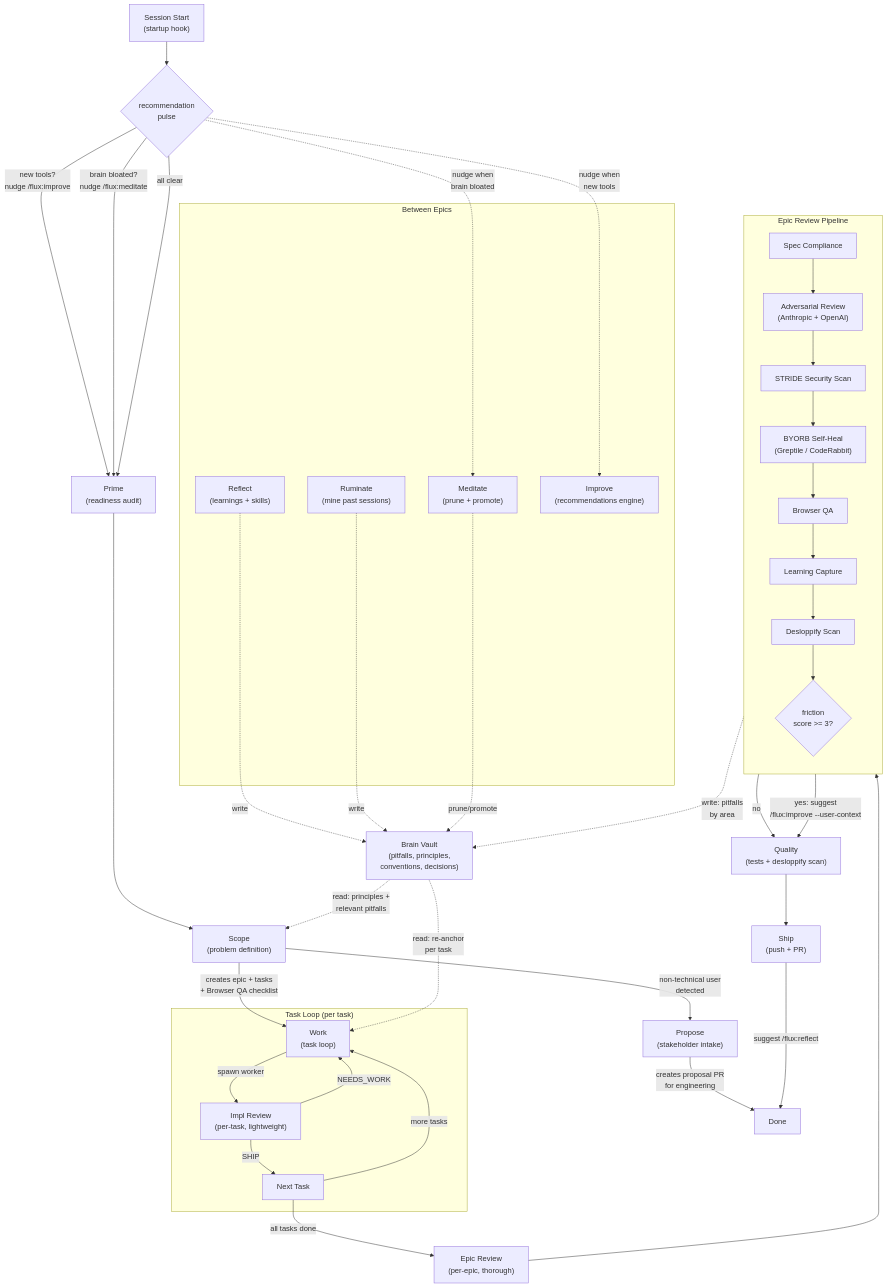
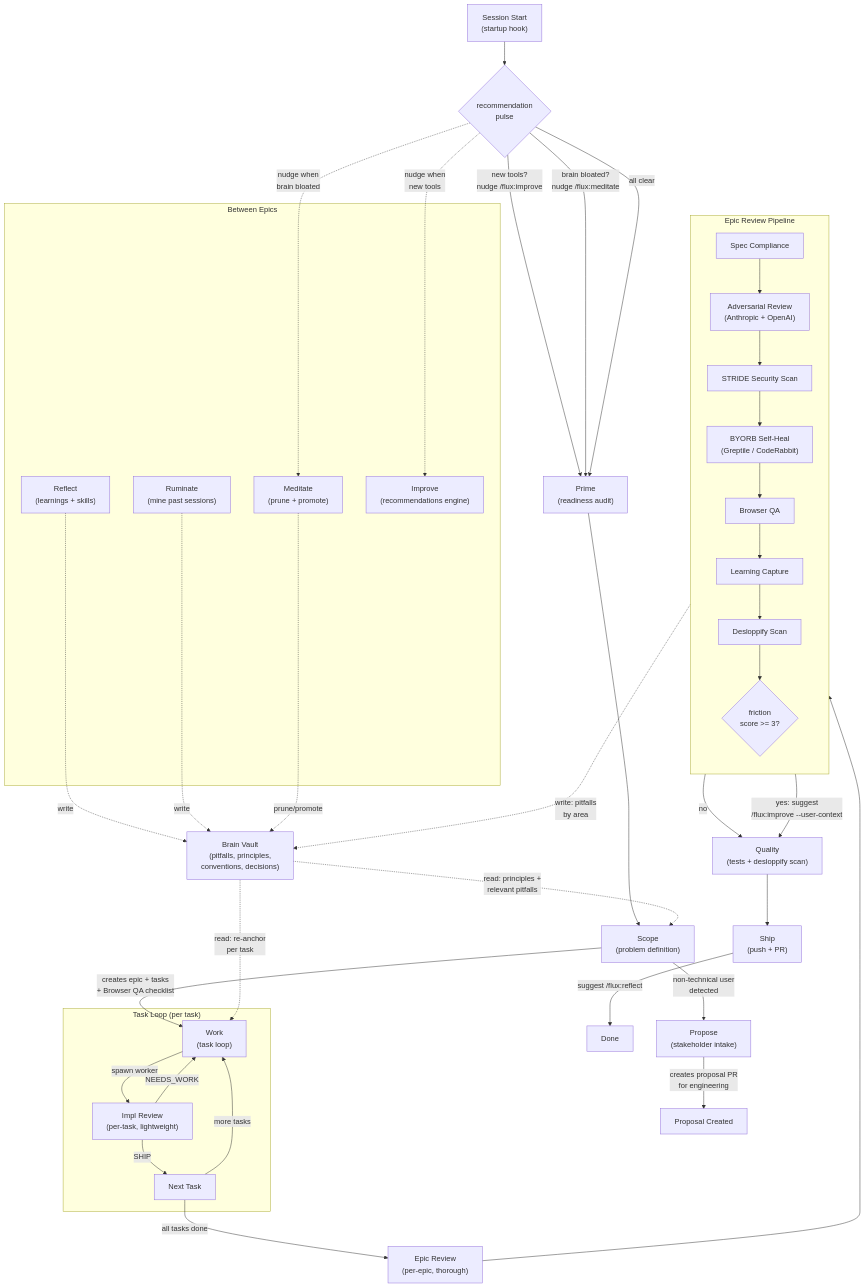
Before and after one commit to Nairon-AI/flux: the diagram in README.md, drawn with Mermaid. The commit also changed 2 other files, not shown here.

Commit message:
fix: address review feedback on flux-propose
- Add explicit handoff gate (Step 9.5) — ask before creating PR
- Add duplicate proposal check before creating new docs
- Fix broken nested markdown in PR body instructions
- Stash uncommitted changes before branch creation
- Tighten stakeholder detection: require 3+ signals AND zero engineer
  signals (prevents false positives on technical PMs)
- Add explicit engineer signal list for fast skip
- Use separate mermaid node for proposal completion vs ship completion

````diff
--- a/README.md
+++ b/README.md
@@ -194,76 +194,76 @@
 ```mermaid
 flowchart TD
     SessionStart["Session Start<br/>(startup hook)"]
     Pulse{"recommendation<br/>pulse"}
     Prime["Prime<br/>(readiness audit)"]
     Propose["Propose<br/>(stakeholder intake)"]
     Scope["Scope<br/>(problem definition)"]
     Work["Work<br/>(task loop)"]
     ImplReview["Impl Review<br/>(per-task, lightweight)"]
     EpicReview["Epic Review<br/>(per-epic, thorough)"]
     Quality["Quality<br/>(tests + desloppify scan)"]
     Ship["Ship<br/>(push + PR)"]
 
     SessionStart --> Pulse
     Pulse -->|"new tools?<br/>nudge /flux:improve"| Prime
     Pulse -->|"brain bloated?<br/>nudge /flux:meditate"| Prime
     Pulse -->|"all clear"| Prime
     Prime --> Scope
     Scope -->|"non-technical user<br/>detected"| Propose
-    Propose -->|"creates proposal PR<br/>for engineering"| Done
+    Propose -->|"creates proposal PR<br/>for engineering"| ProposeDone["Proposal Created"]
     Scope -->|"creates epic + tasks<br/>+ Browser QA checklist"| Work
 
     subgraph task_loop ["Task Loop (per task)"]
         Work -->|"spawn worker"| ImplReview
         ImplReview -->|"NEEDS_WORK"| Work
         ImplReview -->|"SHIP"| NextTask["Next Task"]
         NextTask -->|"more tasks"| Work
     end
 
     NextTask -->|"all tasks done"| EpicReview
 
     subgraph review_pipeline ["Epic Review Pipeline"]
         direction TB
         SpecCompliance["Spec Compliance"]
         Adversarial["Adversarial Review<br/>(Anthropic + OpenAI)"]
         SecurityScan["STRIDE Security Scan"]
         BotSelfHeal["BYORB Self-Heal<br/>(Greptile / CodeRabbit)"]
         BrowserQA["Browser QA"]
         LearningCapture["Learning Capture"]
         DesloppifyScan["Desloppify Scan"]
         FrustrationSignal{"friction<br/>score >= 3?"}
 
         SpecCompliance --> Adversarial
         Adversarial --> SecurityScan
         SecurityScan --> BotSelfHeal
         BotSelfHeal --> BrowserQA
         BrowserQA --> LearningCapture
         LearningCapture --> DesloppifyScan
         DesloppifyScan --> FrustrationSignal
     end
 
     EpicReview --> SpecCompliance
     FrustrationSignal -->|"no"| Quality
     FrustrationSignal -->|"yes: suggest<br/>/flux:improve --user-context"| Quality
     Quality --> Ship
     Ship -->|"suggest /flux:reflect"| Done["Done"]
 
     Brain["Brain Vault<br/>(pitfalls, principles,<br/>conventions, decisions)"]
 
     Brain -.->|"read: principles +<br/>relevant pitfalls"| Scope
     Brain -.->|"read: re-anchor<br/>per task"| Work
     LearningCapture -.->|"write: pitfalls<br/>by area"| Brain
 
     subgraph maintenance ["Between Epics"]
         Reflect["Reflect<br/>(learnings + skills)"]
         Ruminate["Ruminate<br/>(mine past sessions)"]
         Meditate["Meditate<br/>(prune + promote)"]
         Improve["Improve<br/>(recommendations engine)"]
     end
 
     Reflect -.->|"write"| Brain
     Ruminate -.->|"write"| Brain
     Meditate -.->|"prune/promote"| Brain
     Pulse -.->|"nudge when<br/>brain bloated"| Meditate
     Pulse -.->|"nudge when<br/>new tools"| Improve
 ```
````
